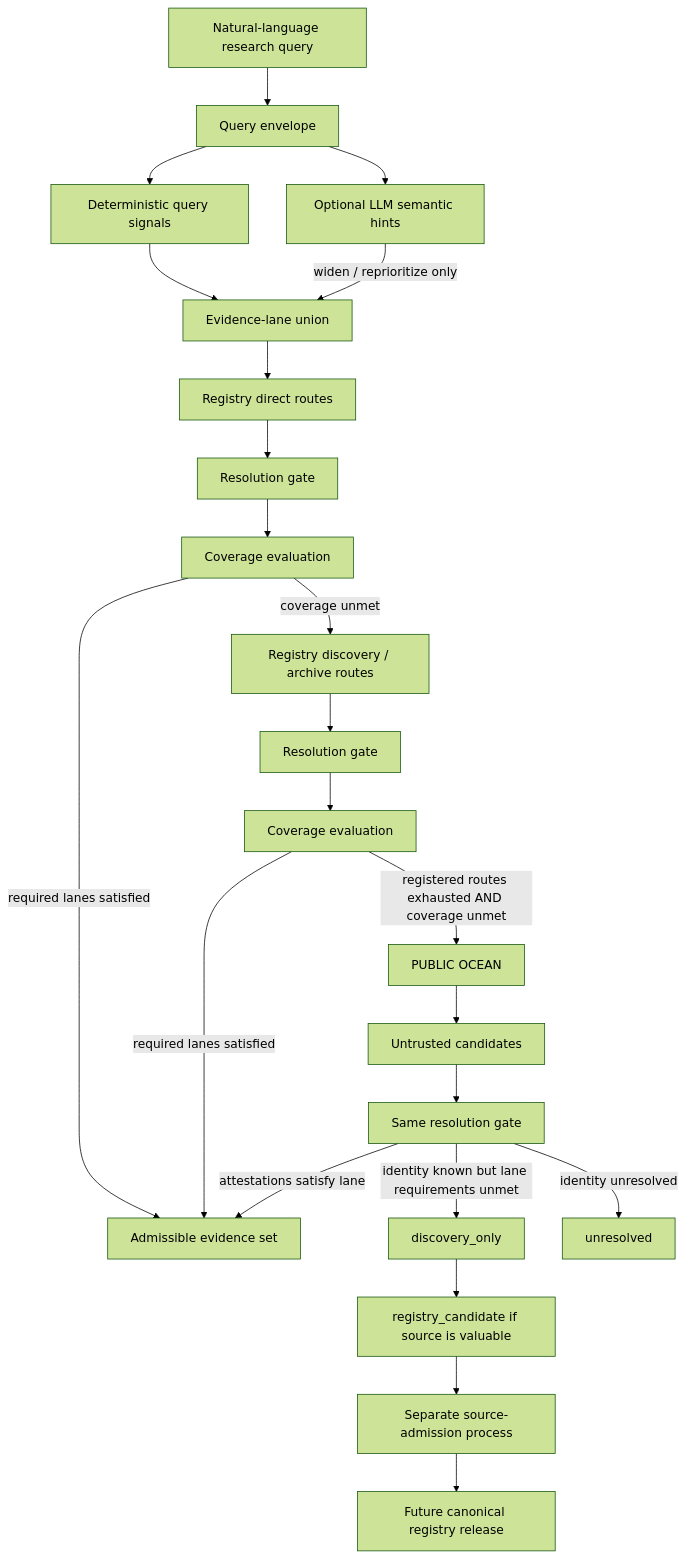
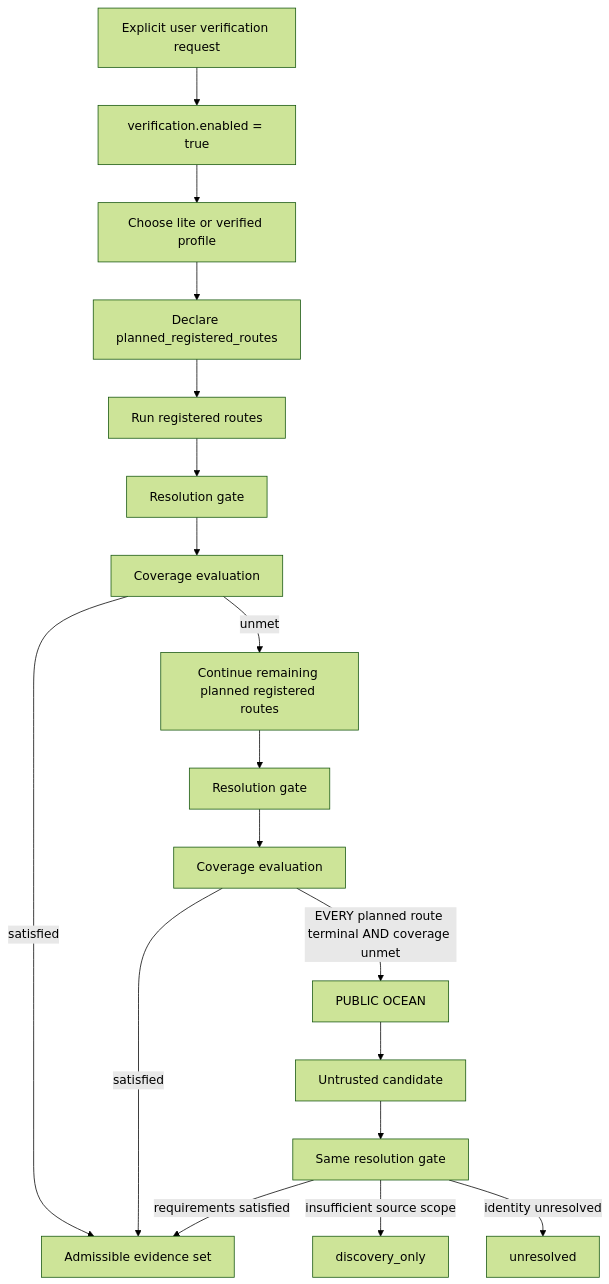
The second of 2 diagrams in RETRIEVAL_ROUTING.md (hoiyu915-droid/open-scholarly-sources), drawn with Mermaid (forest theme) before and after one commit. The commit also changed other lines of this file and 10 other files, not shown here.

First line of the commit message:
Make source navigation default and verification opt-in

````diff
--- a/RETRIEVAL_ROUTING.md
+++ b/RETRIEVAL_ROUTING.md
@@ -33,29 +118,20 @@
 ```mermaid
 flowchart TD
-    Q[Natural-language research query] --> E[Query envelope]
-    E --> S[Deterministic query signals]
-    E --> H[Optional LLM semantic hints]
-    S --> L[Evidence-lane union]
-    H -->|widen / reprioritize only| L
-
-    L --> R1[Registry direct routes]
+    U[Explicit user verification request] --> V[verification.enabled = true]
+    V --> P[Choose lite or verified profile]
+    P --> PLAN[Declare planned_registered_routes]
+    PLAN --> R1[Run registered routes]
     R1 --> G1[Resolution gate]
     G1 --> C1[Coverage evaluation]
-    C1 -->|required lanes satisfied| A[Admissible evidence set]
-    C1 -->|coverage unmet| R2[Registry discovery / archive routes]
-
+    C1 -->|satisfied| A[Admissible evidence set]
+    C1 -->|unmet| R2[Continue remaining planned registered routes]
     R2 --> G2[Resolution gate]
     G2 --> C2[Coverage evaluation]
-    C2 -->|required lanes satisfied| A
-    C2 -->|registered routes exhausted AND coverage unmet| O[PUBLIC OCEAN]
-
-    O --> P[Untrusted candidates]
-    P --> G3[Same resolution gate]
-    G3 -->|attestations satisfy lane| A
-    G3 -->|identity known but lane requirements unmet| D[discovery_only]
-    G3 -->|identity unresolved| U[unresolved]
-
-    D --> RC[registry_candidate if source is valuable]
-    RC --> ADM[Separate source-admission process]
-    ADM --> REG[Future canonical registry release]
+    C2 -->|satisfied| A
+    C2 -->|EVERY planned route terminal AND coverage unmet| O[PUBLIC OCEAN]
+    O --> X[Untrusted candidate]
+    X --> G3[Same resolution gate]
+    G3 -->|requirements satisfied| A
+    G3 -->|insufficient source scope| D[discovery_only]
+    G3 -->|identity unresolved| N[unresolved]
 ```
````
